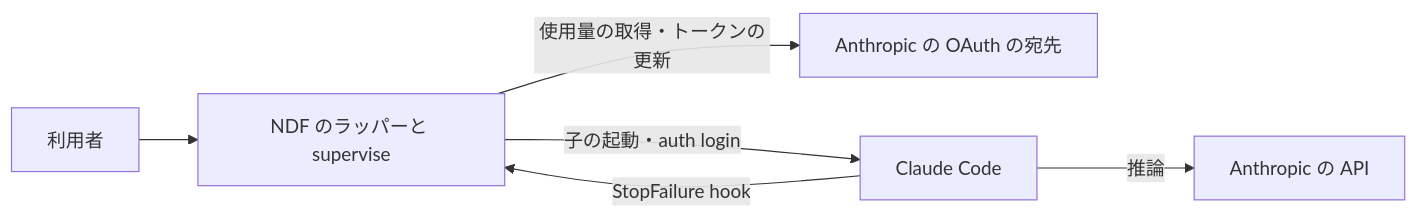
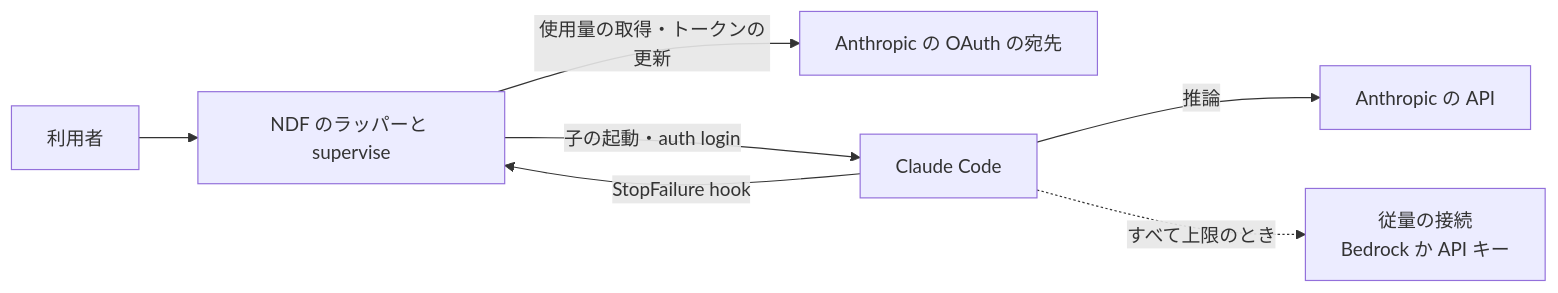
Before and after one commit to devbasex/ai-plugins: the second of 9 diagrams in issues/issue-1389-design.md, drawn with Mermaid. The commit also changed other lines of this file and 4 other files, not shown here.

````diff
--- a/issues/issue-1389-design.md
+++ b/issues/issue-1389-design.md
@@ -182,8 +204,9 @@
 ```mermaid
 graph LR
     利用者 --> 本体[NDF のラッパーと supervise]
     本体 -->|使用量の取得・トークンの更新| 認証[Anthropic の OAuth の宛先]
     本体 -->|子の起動・auth login| CC[Claude Code]
     CC -->|StopFailure hook| 本体
     CC -->|推論| API[Anthropic の API]
+    CC -. すべて上限のとき .-> MET[従量の接続<br>Bedrock か API キー]
 ```
````
